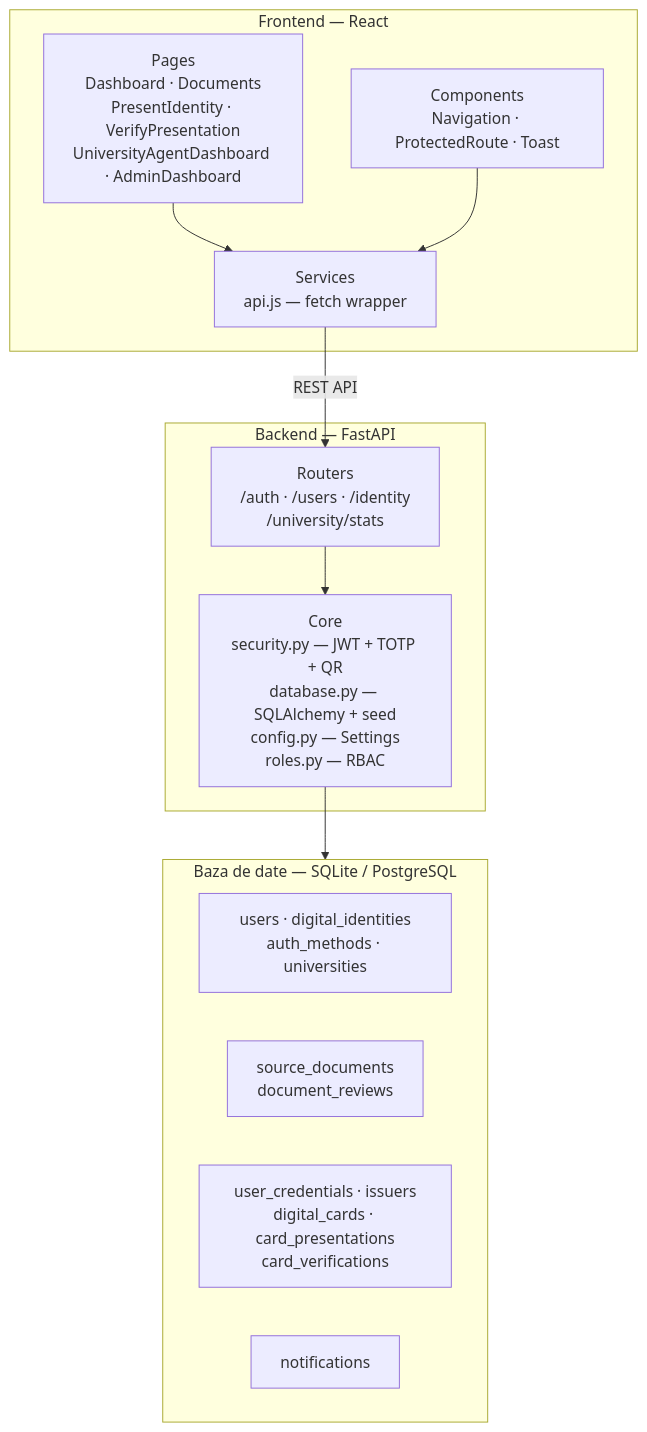
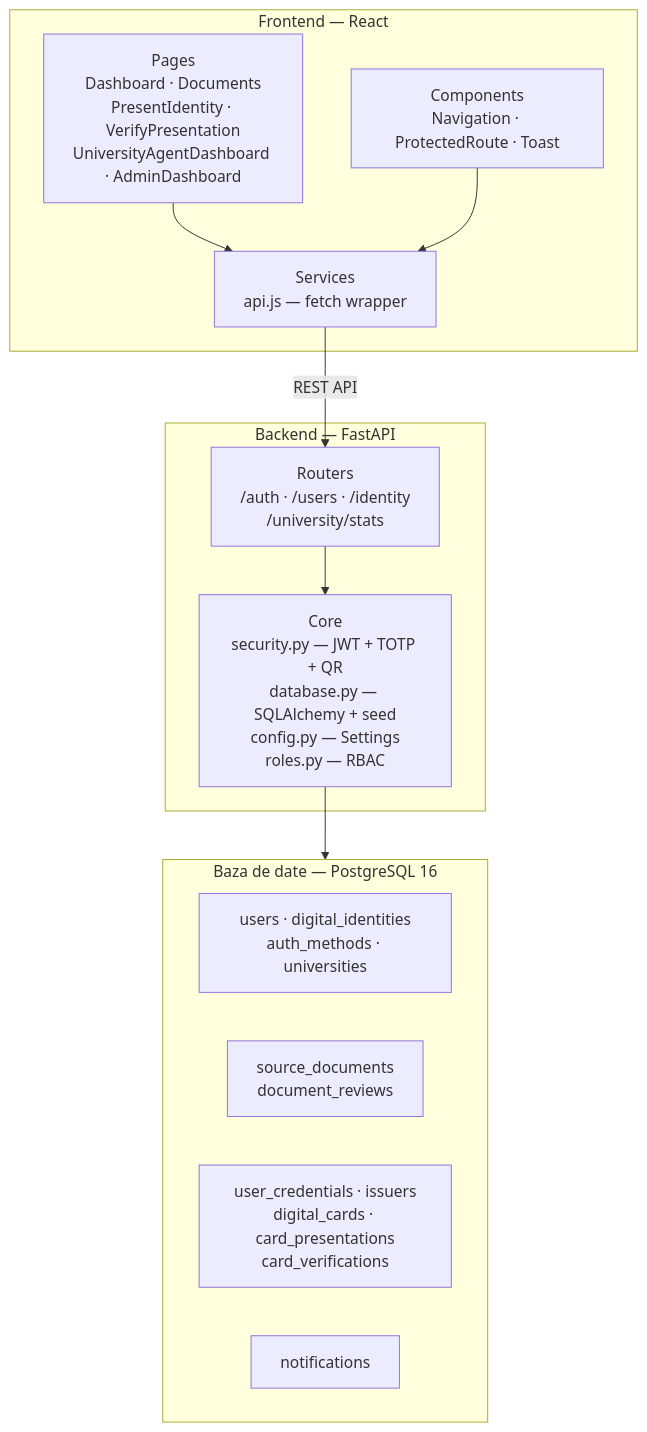
Before and after one commit to anaobreja/LICENTA: the second of 3 diagrams in docs/architecture.md, drawn with Mermaid. The commit also changed other lines of this file and 4 other files, not shown here.

First line of the commit message:
refactor: migrate to PostgreSQL-only, remove all SQLite references

````diff
--- a/docs/architecture.md
+++ b/docs/architecture.md
@@ -36,26 +36,26 @@
 ```mermaid
 graph TD
     subgraph Frontend["Frontend — React"]
         Pages["Pages\nDashboard · Documents\nPresentIdentity · VerifyPresentation\nUniversityAgentDashboard · AdminDashboard"]
         Components["Components\nNavigation · ProtectedRoute · Toast"]
         Services["Services\napi.js — fetch wrapper"]
     end
 
     subgraph Backend["Backend — FastAPI"]
         Routers["Routers\n/auth · /users · /identity\n/university/stats"]
         Core["Core\nsecurity.py — JWT + TOTP + QR\ndatabase.py — SQLAlchemy + seed\nconfig.py — Settings\nroles.py — RBAC"]
     end
 
-    subgraph Database["Baza de date — SQLite / PostgreSQL"]
+    subgraph Database["Baza de date — PostgreSQL 16"]
         UsersT["users · digital_identities\nauth_methods · universities"]
         DocsT["source_documents\ndocument_reviews"]
         CredT["user_credentials · issuers\ndigital_cards · card_presentations\ncard_verifications"]
         NotifT["notifications"]
     end
 
     Pages --> Services
     Components --> Services
     Services -->|"REST API"| Routers
     Routers --> Core
     Core --> Database
 ```
````
